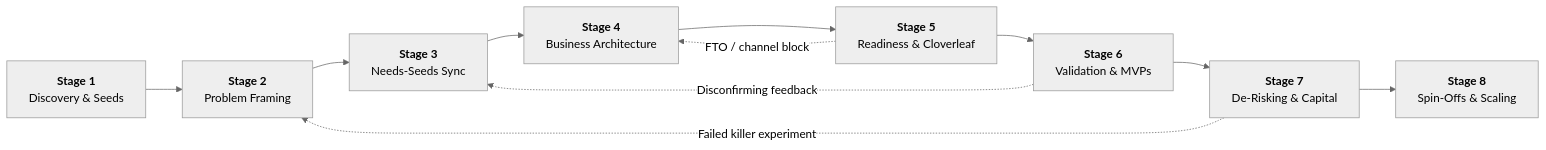
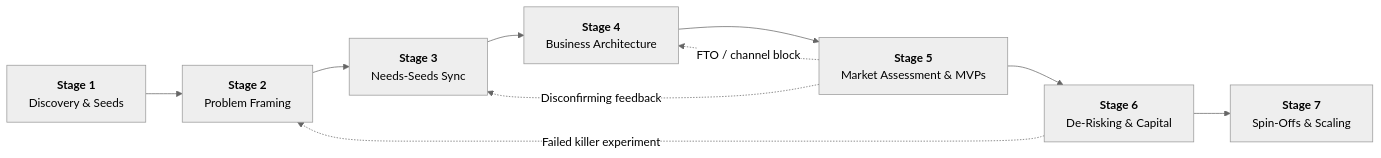
Before and after one commit to nghuyenthevinh2000/innovation-research: the second of 2 diagrams in README.md, drawn with Mermaid (neutral theme). The commit also changed other lines of this file and 19 other files, not shown here.

Commit message:
refactor(stages): merge Stage 5 and 6 into unified Market Assessment & MVP Validation stage

````diff
--- a/README.md
+++ b/README.md
@@ -52,14 +52,13 @@
 ```mermaid
 flowchart LR
     S1["<b>Stage 1</b><br/>Discovery & Seeds"] --> S2["<b>Stage 2</b><br/>Problem Framing"]
     S2 --> S3["<b>Stage 3</b><br/>Needs-Seeds Sync"]
     S3 --> S4["<b>Stage 4</b><br/>Business Architecture"]
-    S4 --> S5["<b>Stage 5</b><br/>Readiness & Cloverleaf"]
-    S5 --> S6["<b>Stage 6</b><br/>Validation & MVPs"]
-    S6 --> S7["<b>Stage 7</b><br/>De-Risking & Capital"]
-    S7 --> S8["<b>Stage 8</b><br/>Spin-Offs & Scaling"]
+    S4 --> S5["<b>Stage 5</b><br/>Market Assessment & MVPs"]
+    S5 --> S6["<b>Stage 6</b><br/>De-Risking & Capital"]
+    S6 --> S7["<b>Stage 7</b><br/>Spin-Offs & Scaling"]
 
-    S6 -.->|"Disconfirming feedback"| S3
+    S5 -.->|"Disconfirming feedback"| S3
     S5 -.->|"FTO / channel block"| S4
-    S7 -.->|"Failed killer experiment"| S2
+    S6 -.->|"Failed killer experiment"| S2
 ```
````
